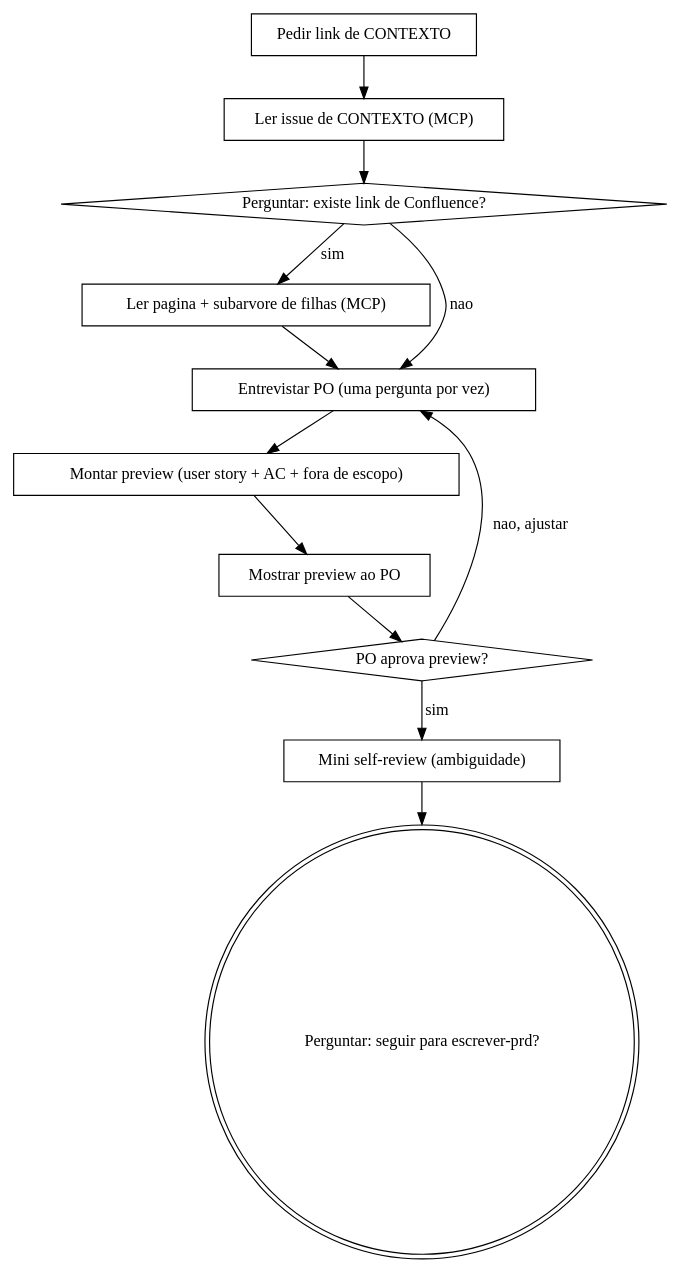
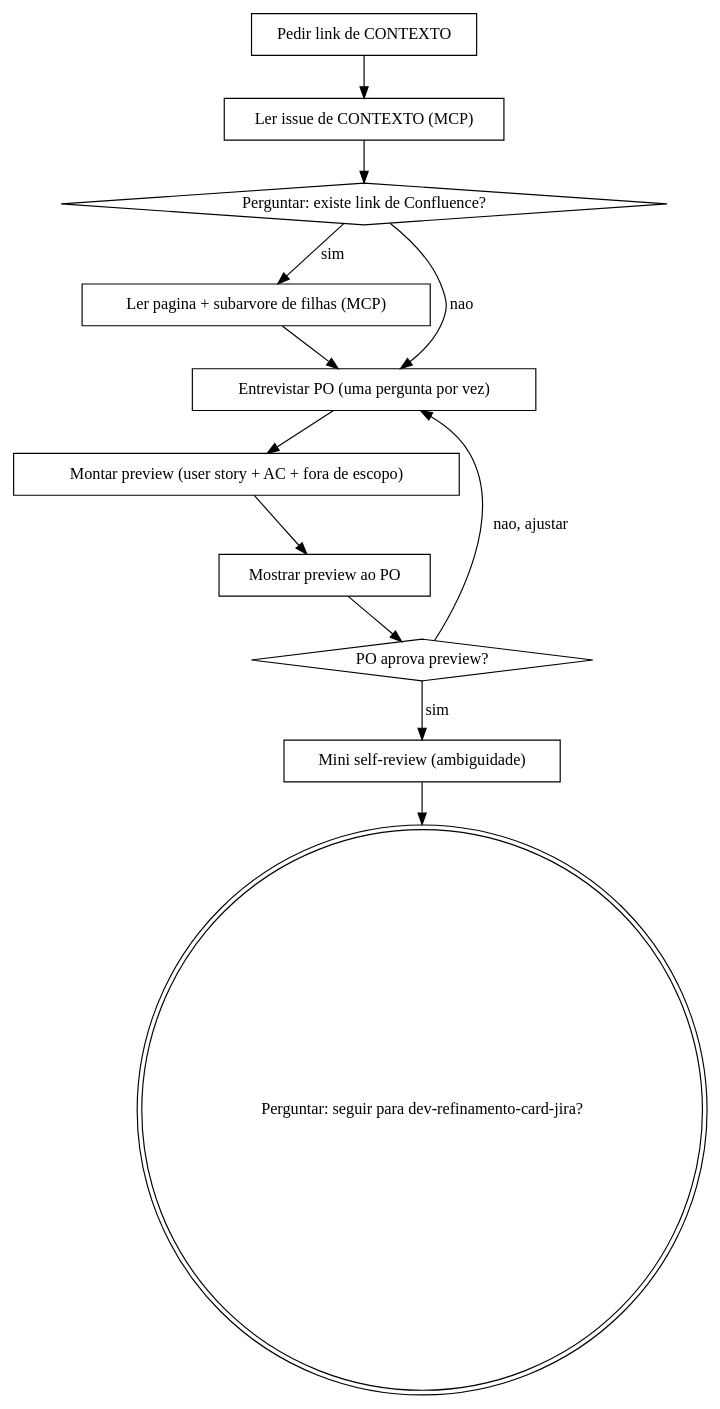
One commit to diegolirio/ai-showcase-skills changed the diagram in PO-skills/refinamento/SKILL.md. Above: the diagram before and after it, drawn with Graphviz. The commit also changed other lines of this file and 6 other files, not shown here.

````diff
--- a/PO-skills/refinamento/SKILL.md
+++ b/PO-skills/refinamento/SKILL.md
@@ -54,26 +56,26 @@
 ```dot
 digraph refinamento {
     "Pedir link de CONTEXTO" [shape=box];
     "Ler issue de CONTEXTO (MCP)" [shape=box];
     "Perguntar: existe link de Confluence?" [shape=diamond];
     "Ler pagina + subarvore de filhas (MCP)" [shape=box];
     "Entrevistar PO (uma pergunta por vez)" [shape=box];
     "Montar preview (user story + AC + fora de escopo)" [shape=box];
     "Mostrar preview ao PO" [shape=box];
     "PO aprova preview?" [shape=diamond];
     "Mini self-review (ambiguidade)" [shape=box];
-    "Perguntar: seguir para escrever-prd?" [shape=doublecircle];
+    "Perguntar: seguir para dev-refinamento-card-jira?" [shape=doublecircle];
 
     "Pedir link de CONTEXTO" -> "Ler issue de CONTEXTO (MCP)";
     "Ler issue de CONTEXTO (MCP)" -> "Perguntar: existe link de Confluence?";
     "Perguntar: existe link de Confluence?" -> "Ler pagina + subarvore de filhas (MCP)" [label="sim"];
     "Perguntar: existe link de Confluence?" -> "Entrevistar PO (uma pergunta por vez)" [label="nao"];
     "Ler pagina + subarvore de filhas (MCP)" -> "Entrevistar PO (uma pergunta por vez)";
     "Entrevistar PO (uma pergunta por vez)" -> "Montar preview (user story + AC + fora de escopo)";
     "Montar preview (user story + AC + fora de escopo)" -> "Mostrar preview ao PO";
     "Mostrar preview ao PO" -> "PO aprova preview?";
     "PO aprova preview?" -> "Entrevistar PO (uma pergunta por vez)" [label="nao, ajustar"];
     "PO aprova preview?" -> "Mini self-review (ambiguidade)" [label="sim"];
-    "Mini self-review (ambiguidade)" -> "Perguntar: seguir para escrever-prd?";
+    "Mini self-review (ambiguidade)" -> "Perguntar: seguir para dev-refinamento-card-jira?";
 }
 ```
````
